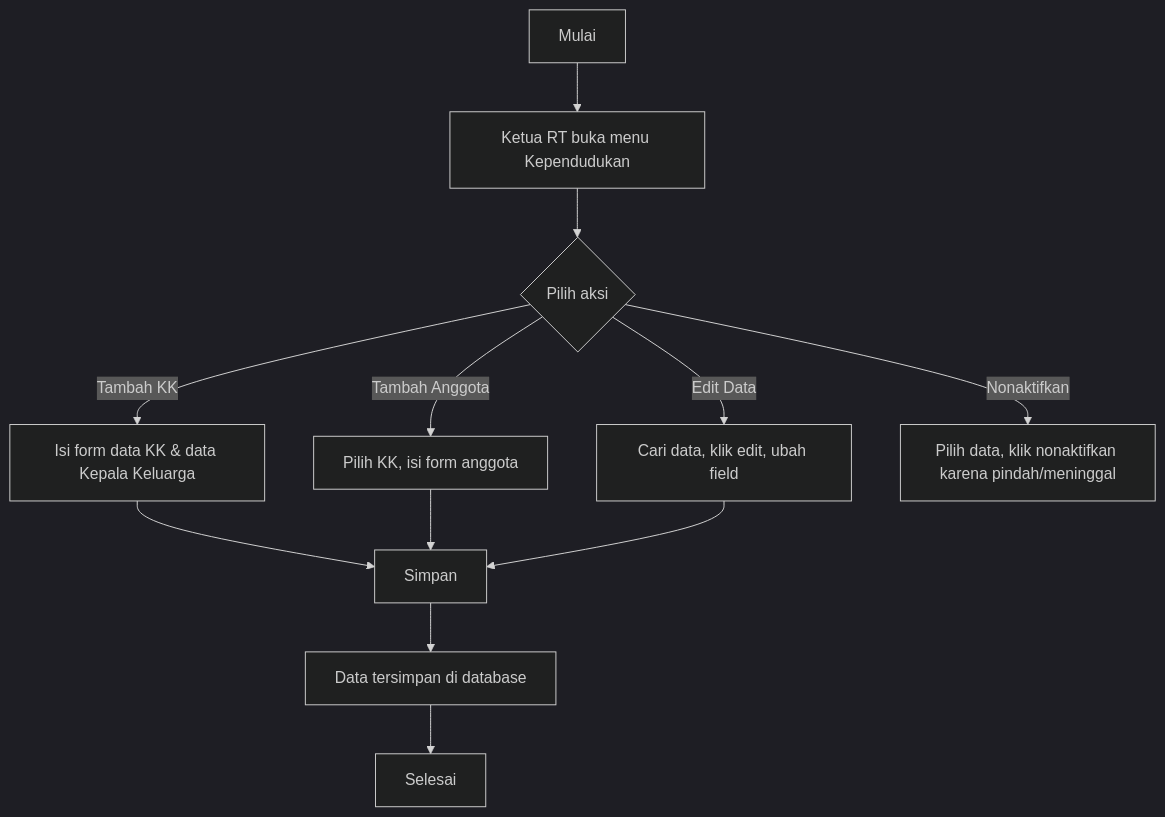
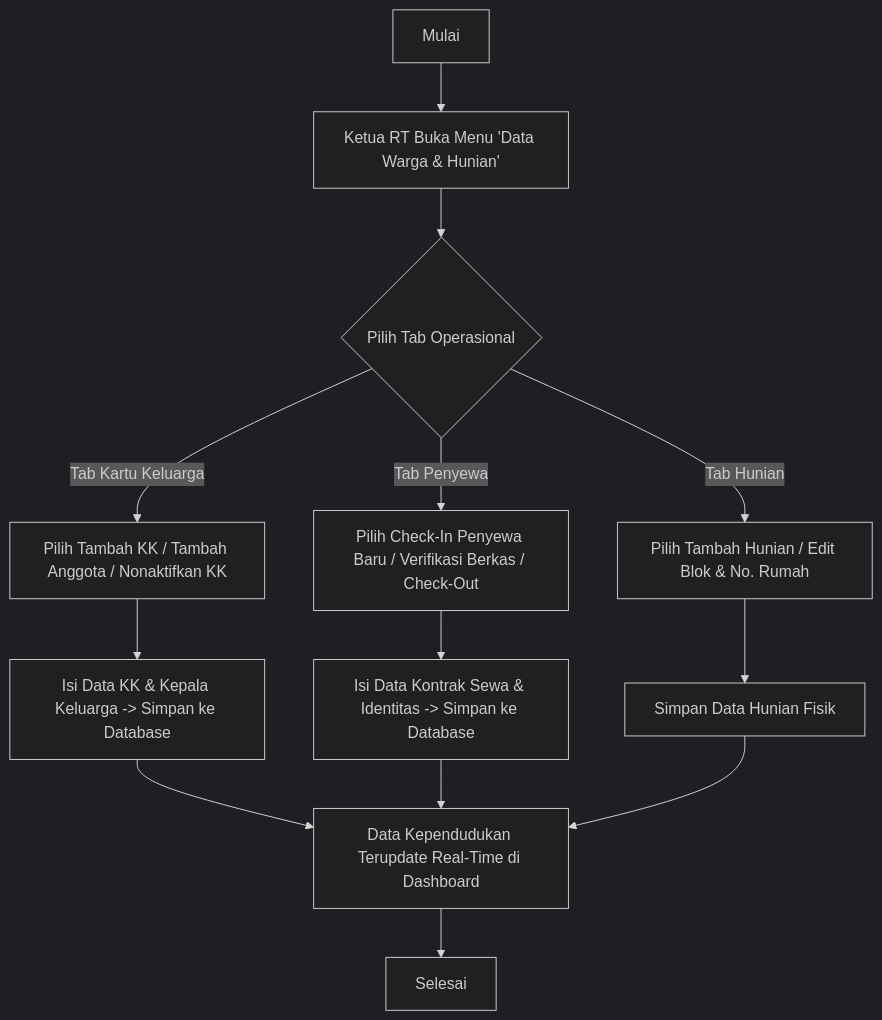
One commit to Araihan413/wargaku changed the third of 6 diagrams in docs/roles/ketua_rt.md. Above: the diagram before and after it, drawn with Mermaid (dark theme). The commit also changed other lines of this file and 24 other files, not shown here.

````diff
--- a/docs/roles/ketua_rt.md
+++ b/docs/roles/ketua_rt.md
@@ -143,14 +154,22 @@
 ```mermaid
 flowchart TD
-    A[Mulai] --> B[Ketua RT buka menu Kependudukan]
-    B --> C{Pilih aksi}
-    C -->|Tambah KK| D[Isi form data KK & data Kepala Keluarga]
-    C -->|Tambah Anggota| E[Pilih KK, isi form anggota]
-    C -->|Edit Data| F[Cari data, klik edit, ubah field]
-    C -->|Nonaktifkan| G[Pilih data, klik nonaktifkan karena pindah/meninggal]
-    D --> H[Simpan]
-    E --> H
-    F --> H
-    H --> I[Data tersimpan di database]
-    I --> J[Selesai]
+    A[Mulai] --> B[Ketua RT Buka Menu 'Data Warga & Hunian']
+    B --> C{Pilih Tab Operasional}
+    
+    %% Tab KK
+    C -->|Tab Kartu Keluarga| D[Pilih Tambah KK / Tambah Anggota / Nonaktifkan KK]
+    D --> E[Isi Data KK & Kepala Keluarga -> Simpan ke Database]
+    
+    %% Tab Penyewa
+    C -->|Tab Penyewa| F[Pilih Check-In Penyewa Baru / Verifikasi Berkas / Check-Out]
+    F --> G[Isi Data Kontrak Sewa & Identitas -> Simpan ke Database]
+    
+    %% Tab Hunian
+    C -->|Tab Hunian| H[Pilih Tambah Hunian / Edit Blok & No. Rumah]
+    H --> I[Simpan Data Hunian Fisik]
+    
+    E --> J[Data Kependudukan Terupdate Real-Time di Dashboard]
+    G --> J
+    I --> J
+    J --> K[Selesai]
 ```
````
